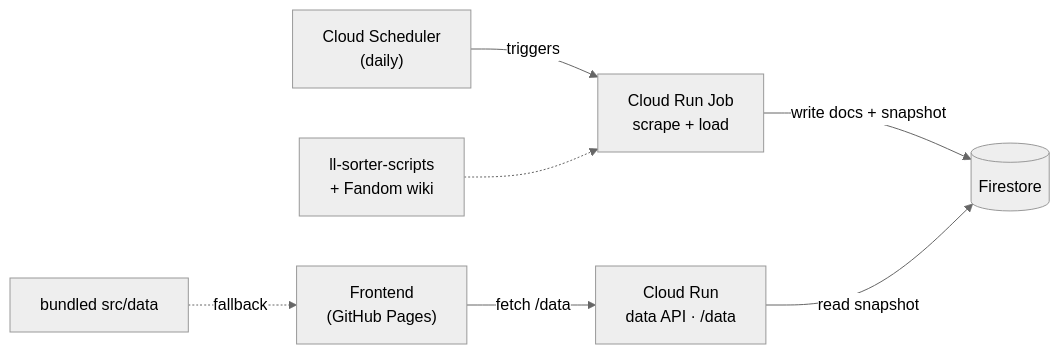
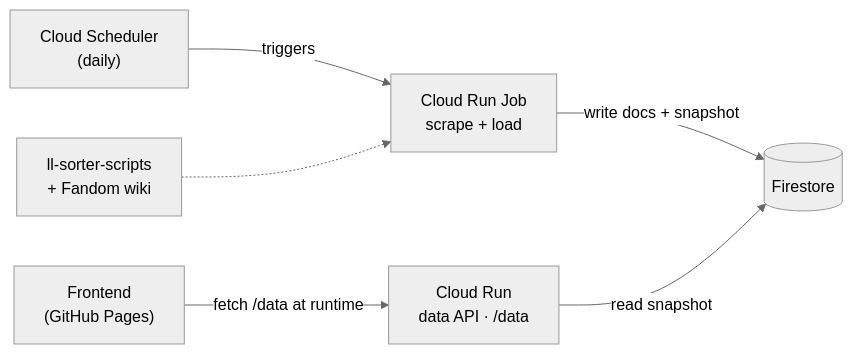
One commit to mting314/ll-music-reactions changed the diagram in README.md. Above: the diagram before and after it, drawn with Mermaid (neutral theme). The commit also changed other lines of this file and 15 other files, not shown here.

First line of the commit message:
Fetch all data from the API at runtime (no bundled data) (#18)

````diff
--- a/README.md
+++ b/README.md
@@ -75,9 +76,8 @@
 ```mermaid
 flowchart LR
     SCH["Cloud Scheduler<br/>(daily)"] -->|triggers| JOB["Cloud Run Job<br/>scrape + load"]
     SCRIPTS["ll-sorter-scripts<br/>+ Fandom wiki"] -.-> JOB
     JOB -->|write docs + snapshot| FS[("Firestore")]
     API["Cloud Run<br/>data API · /data"] -->|read snapshot| FS
-    WEB["Frontend<br/>(GitHub Pages)"] -->|fetch /data| API
-    BUNDLE["bundled src/data"] -.fallback.-> WEB
+    WEB["Frontend<br/>(GitHub Pages)"] -->|fetch /data at runtime| API
 ```
````
